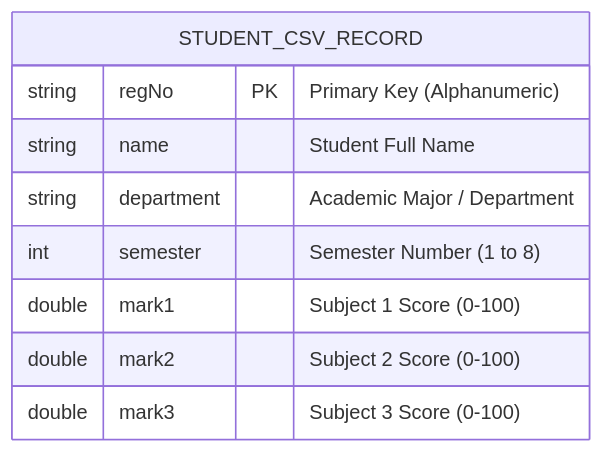
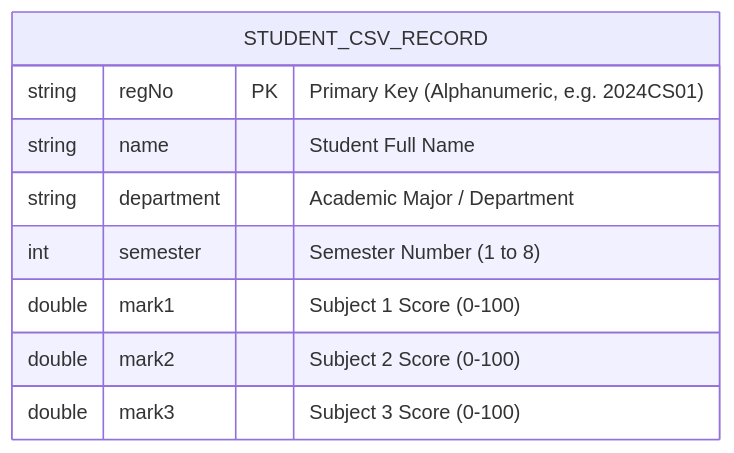
The fifth of 5 diagrams in doc/PROJECT_REPORT.md (darkish7/studentmanagement), drawn with Mermaid before and after one commit. The commit also changed other lines of this file, not shown here.

````diff
--- a/doc/PROJECT_REPORT.md
+++ b/doc/PROJECT_REPORT.md
@@ -298,12 +331,12 @@
 ```mermaid
 erDiagram
     STUDENT_CSV_RECORD {
-        string regNo PK "Primary Key (Alphanumeric)"
+        string regNo PK "Primary Key (Alphanumeric, e.g. 2024CS01)"
         string name "Student Full Name"
         string department "Academic Major / Department"
         int semester "Semester Number (1 to 8)"
         double mark1 "Subject 1 Score (0-100)"
         double mark2 "Subject 2 Score (0-100)"
         double mark3 "Subject 3 Score (0-100)"
     }
 ```
````
